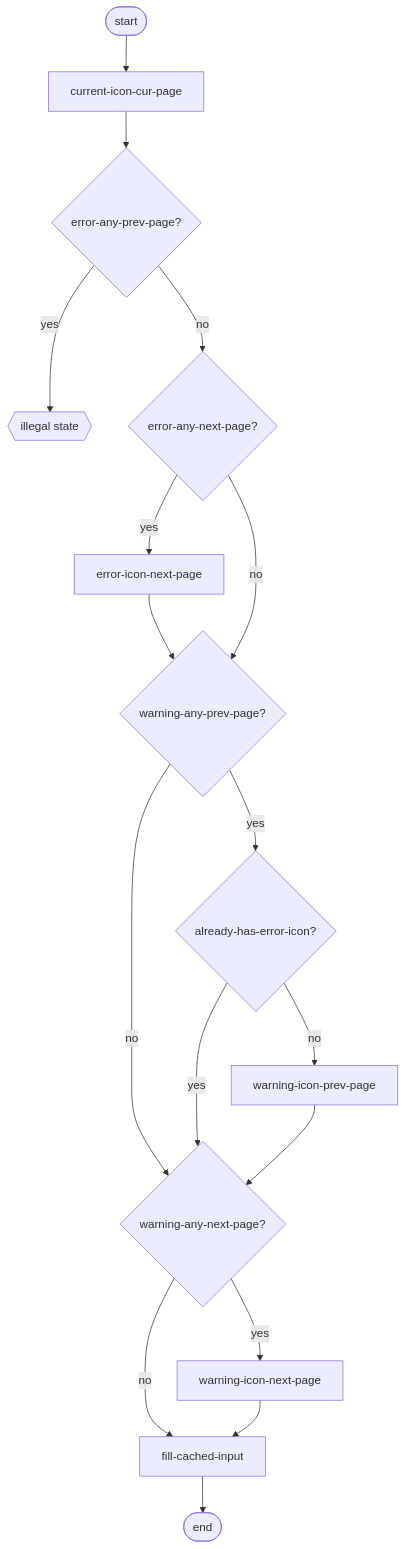
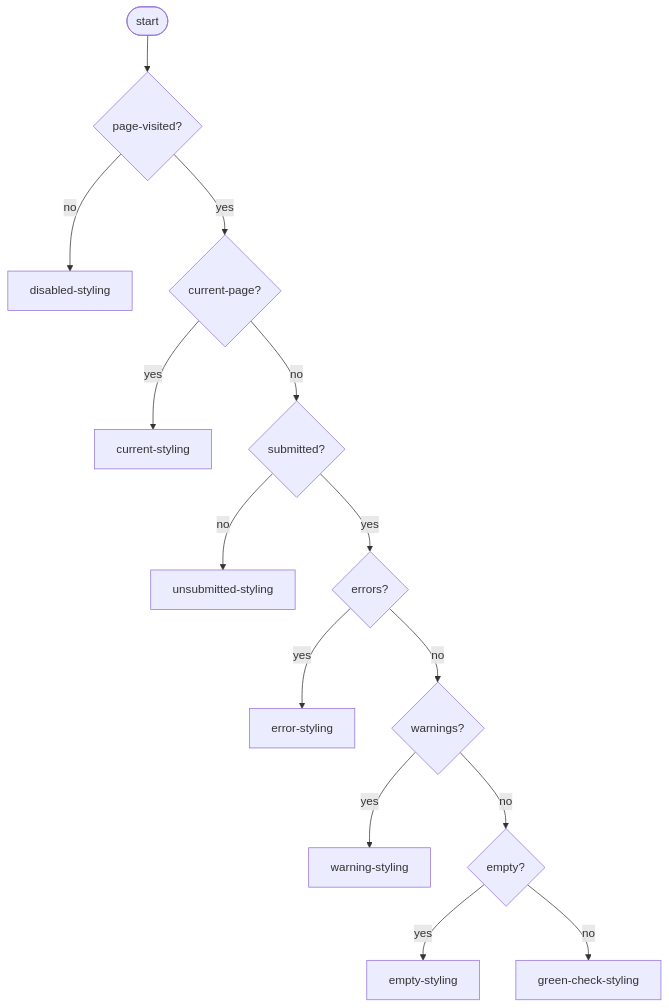
One commit to kiesraad/abacus changed the first of 4 diagrams in documentatie/flowcharts/date-entry-page.md. Above: the diagram before and after it, drawn with Mermaid. The commit also changed other lines of this file, not shown here.

Commit message:
nav menu: adds description, simplifies diagram

````diff
--- a/documentatie/flowcharts/date-entry-page.md
+++ b/documentatie/flowcharts/date-entry-page.md
@@ -16,51 +29,19 @@
 ```mermaid
 flowchart TD
+    flow-start([start])
 
-    %% elements
-    flow-start([start])
-    flow-end([end])
-    illegal-state{{illegal state}}
-
-    current-icon-cur-page
-
-    error-icon-next-page
-    %% error-icon-prev-page is illegal state
-
-    warning-icon-next-page
-    warning-icon-prev-page
-
-    error-any-next-page{error-any-next-page?}
-    error-any-prev-page{error-any-prev-page?}
-
-    warning-any-next-page{warning-any-next-page?}
-    warning-any-prev-page{warning-any-prev-page?}
-
-    already-has-error-icon{already-has-error-icon?}
-
-    fill-cached-input
-
-    %% flow
-    flow-start --> current-icon-cur-page
-    
-    current-icon-cur-page --> error-any-prev-page
-
-    error-any-prev-page -- yes --> illegal-state
-    error-any-prev-page -- no --> error-any-next-page
-
-    error-any-next-page -- yes --> error-icon-next-page
-    error-icon-next-page --> warning-any-prev-page
-    error-any-next-page -- no --> warning-any-prev-page
-
-    warning-any-prev-page -- no --> warning-any-next-page
-    warning-any-prev-page -- yes --> already-has-error-icon
-    already-has-error-icon -- yes --> warning-any-next-page
-    already-has-error-icon -- no --> warning-icon-prev-page
-    warning-icon-prev-page --> warning-any-next-page
-
-    warning-any-next-page -- no --> fill-cached-input
-    warning-any-next-page -- yes --> warning-icon-next-page
-    warning-icon-next-page --> fill-cached-input
-
-    fill-cached-input --> flow-end
+    flow-start --> page-visited{page-visited?}
+    page-visited -- no --> disabled-styling
+    page-visited -- yes --> current-page{current-page?}
+    current-page{current-page?} -- yes --> current-styling
+    current-page -- no --> submitted{submitted?}
+    submitted -- no --> unsubmitted-styling
+    submitted -- yes --> errors{errors?}
+    errors -- yes --> error-styling
+    errors -- no --> warnings{warnings?}
+    warnings -- yes --> warning-styling
+    warnings -- no --> empty{empty? }
+    empty -- yes --> empty-styling
+    empty -- no --> green-check-styling
 
 ```
````
